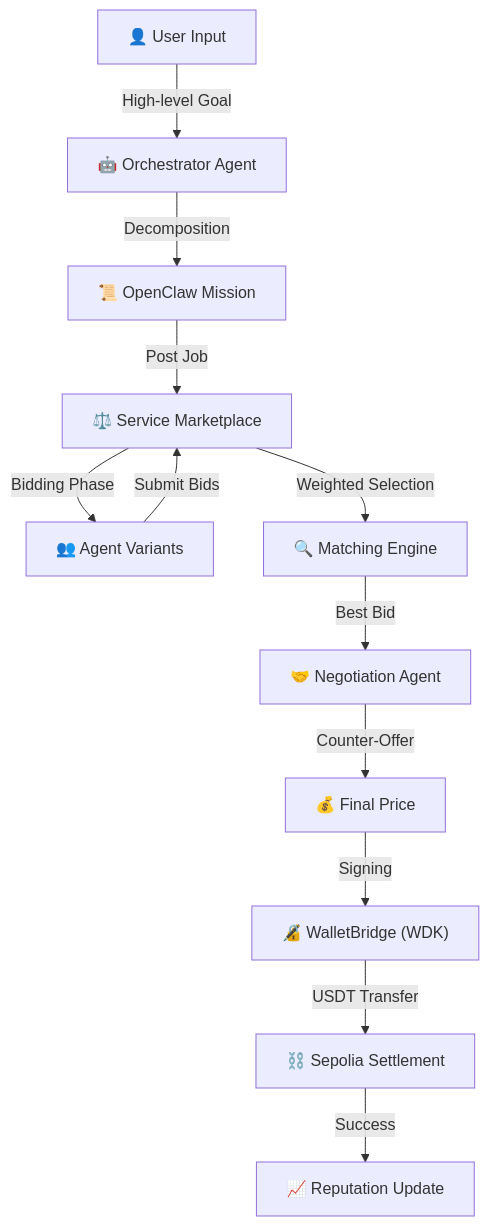
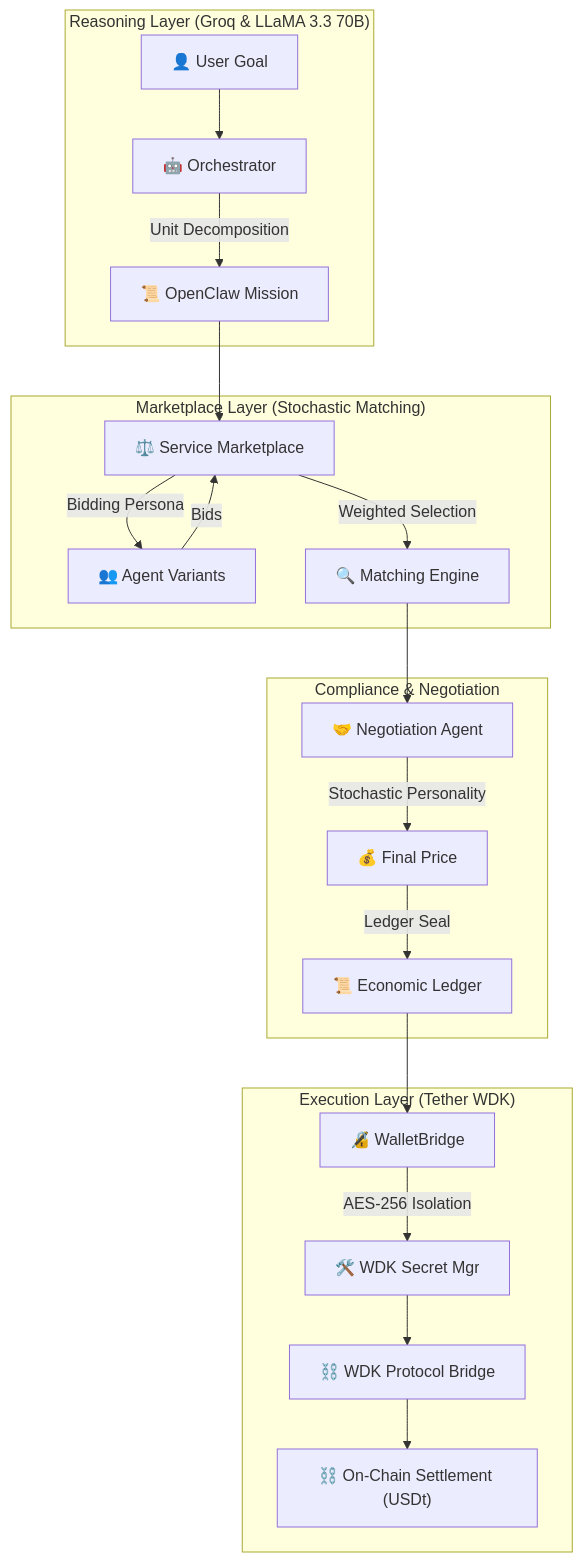
One commit to nevan-sonic/nevorax changed the diagram in README.md. Above: the diagram before and after it, drawn with Mermaid. The commit also changed other lines of this file, not shown here.

````diff
--- a/README.md
+++ b/README.md
@@ -16,14 +16,27 @@
 ```mermaid
 graph TD
-    A["👤 User Input"] -->|High-level Goal| B["🤖 Orchestrator Agent"]
-    B -->|Decomposition| C["📜 OpenClaw Mission"]
-    C -->|Post Job| D["⚖️ Service Marketplace"]
-    D -->|Bidding Phase| E["👥 Agent Variants"]
-    E -->|Submit Bids| D
-    D -->|Weighted Selection| F["🔍 Matching Engine"]
-    F -->|Best Bid| G["🤝 Negotiation Agent"]
-    G -->|Counter-Offer| H["💰 Final Price"]
-    H -->|Signing| I["🔏 WalletBridge (WDK)"]
-    I -->|USDT Transfer| J["⛓️ Sepolia Settlement"]
-    J -->|Success| K["📈 Reputation Update"]
+    subgraph "Reasoning Layer (Groq & LLaMA 3.3 70B)"
+        A["👤 User Goal"] --> B["🤖 Orchestrator"]
+        B -->|Unit Decomposition| C["📜 OpenClaw Mission"]
+    end
+
+    subgraph "Marketplace Layer (Stochastic Matching)"
+        C --> D["⚖️ Service Marketplace"]
+        D -->|Bidding Persona| E["👥 Agent Variants"]
+        E -->|Bids| D
+        D -->|Weighted Selection| F["🔍 Matching Engine"]
+    end
+
+    subgraph "Compliance & Negotiation"
+        F --> G["🤝 Negotiation Agent"]
+        G -->|Stochastic Personality| H["💰 Final Price"]
+        H -->|Ledger Seal| I["📜 Economic Ledger"]
+    end
+
+    subgraph "Execution Layer (Tether WDK)"
+        I --> J["🔏 WalletBridge"]
+        J -->|AES-256 Isolation| K["🛠️ WDK Secret Mgr"]
+        K --> L["⛓️ WDK Protocol Bridge"]
+        L --> M["⛓️ On-Chain Settlement (USDt)"]
+    end
 ```
````
